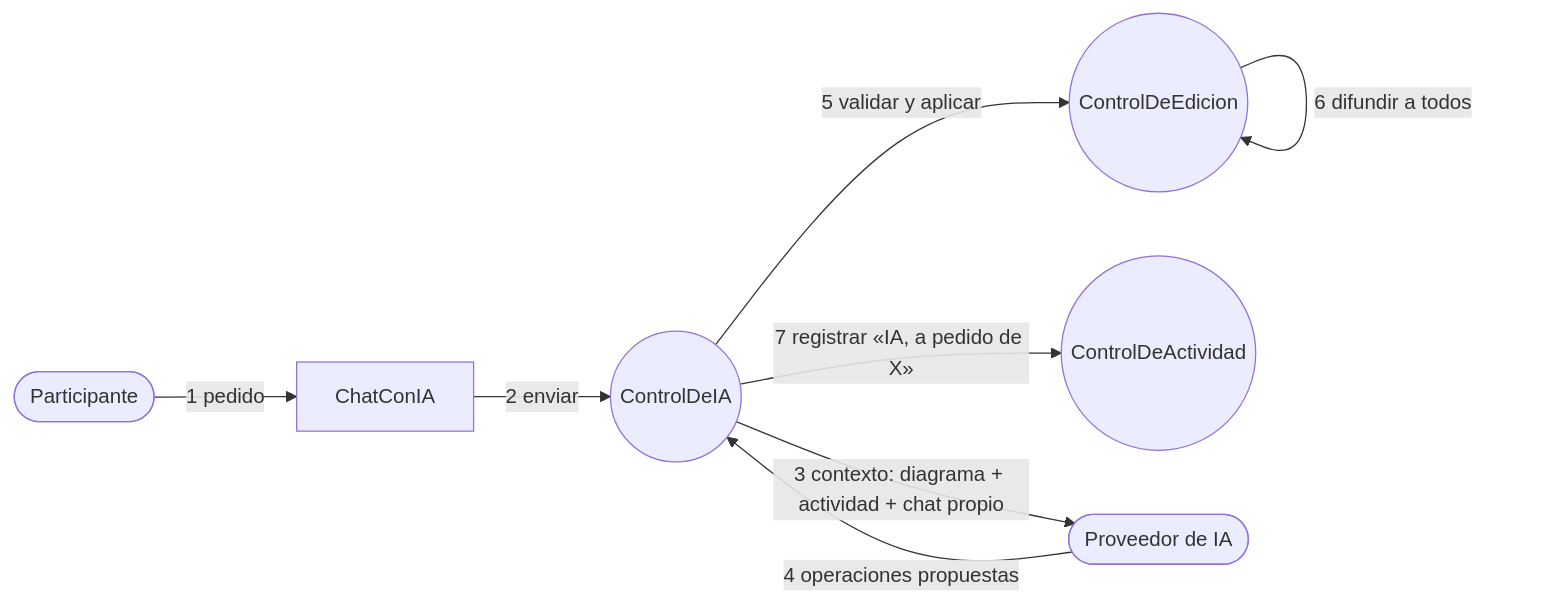
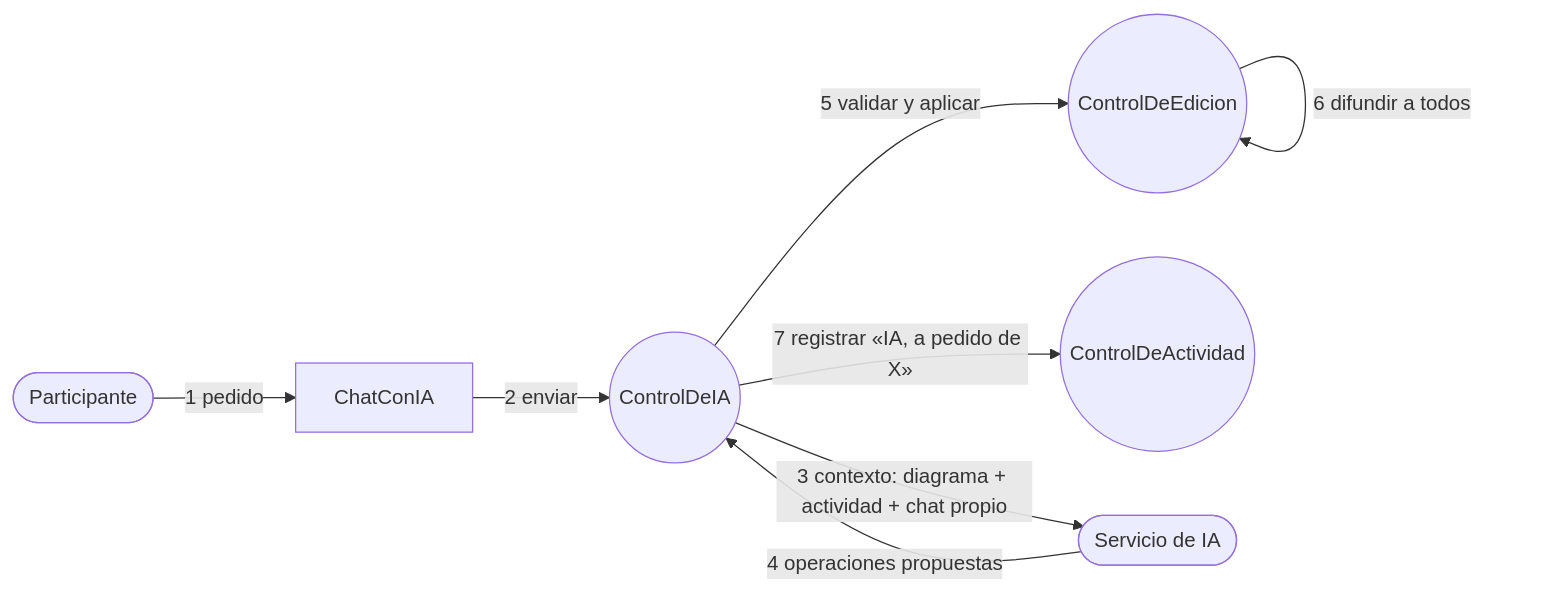
Before and after one commit to Gris999/Diagramador_UML_Examen2: the fourth of 4 diagrams in docs/puds/02-analisis.md, drawn with Mermaid. The commit also changed other lines of this file and 5 other files, not shown here.

````diff
--- a/docs/puds/02-analisis.md
+++ b/docs/puds/02-analisis.md
@@ -136,16 +135,16 @@
 ```mermaid
 flowchart LR
   Part([Participante])
   Chat[ChatConIA]
   CI((ControlDeIA))
   CE((ControlDeEdicion))
   CA((ControlDeActividad))
-  Prov([Proveedor de IA])
+  Prov([Servicio de IA])
   Part -->|1 pedido| Chat
   Chat -->|2 enviar| CI
   CI -->|3 contexto: diagrama + actividad + chat propio| Prov
   Prov -->|4 operaciones propuestas| CI
   CI -->|5 validar y aplicar| CE
   CE -->|6 difundir a todos| CE
   CI -->|7 registrar «IA, a pedido de X»| CA
 ```
````
